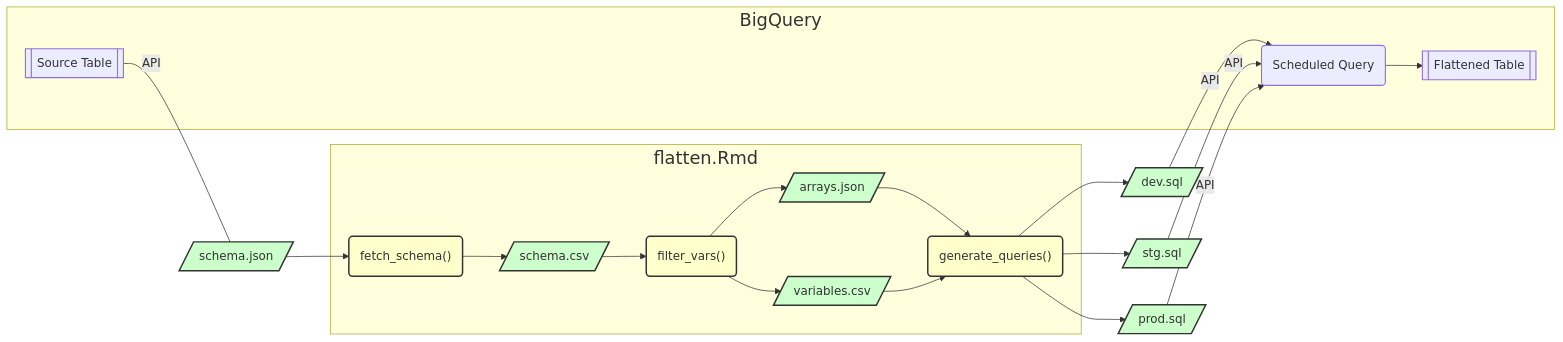
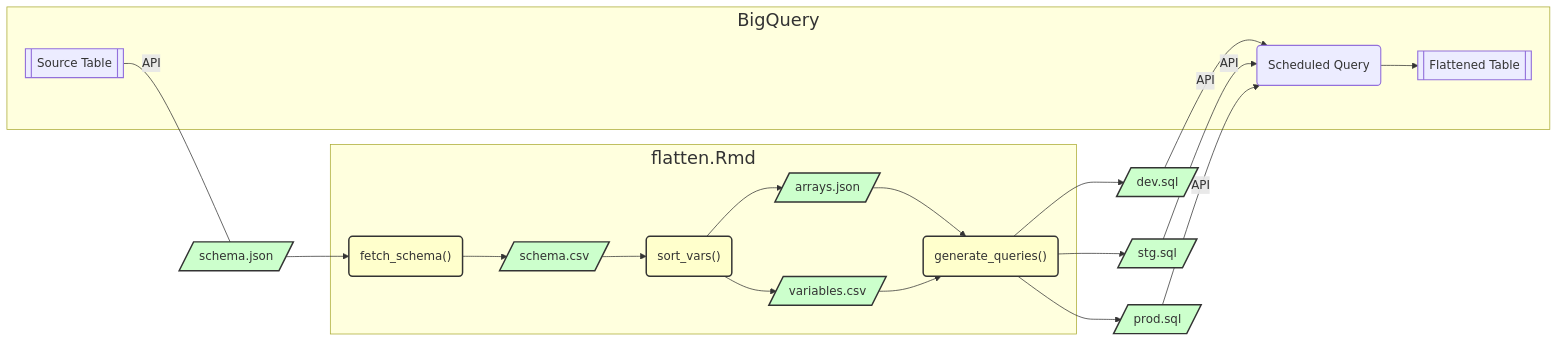
Before and after one commit to Analyticsphere/flatteningRequests: the diagram in README.md, drawn with Mermaid. The commit also changed other lines of this file, not shown here.

````diff
--- a/README.md
+++ b/README.md
@@ -8,40 +8,40 @@
 ```mermaid
 flowchart LR
     subgraph BQ [BigQuery]
         SRC[[Source Table]]:::table
         QUERY(Scheduled Query):::table
         FLAT[[Flattened Table]]:::table
     end
     class BQ subgraphTitle;
 
     SCH[/schema.json/]:::file
     DEV[/dev.sql/]:::file
     STG[/stg.sql/]:::file
     PROD[/prod.sql/]:::file
 
     subgraph LOC ["flatten.Rmd"]
         FETCH("fetch_schema()"):::function
         SCH_CSV[/"schema.csv"/]:::file
-        FILT("filter_vars()"):::function
+        FILT("sort_vars()"):::function
         ARR[/arrays.json/]:::file
         VAR[/variables.csv/]:::file
         GEN("generate_queries()"):::function
     end
     class LOC subgraphTitle;
 
     SRC --- |API| SCH:::link
     SCH --> FETCH:::link
     FETCH --> SCH_CSV:::link
     SCH_CSV --> FILT:::link
     FILT --> ARR:::link & VAR:::link
     ARR & VAR --> GEN:::link
     GEN --> DEV:::link & STG:::link & PROD:::link
     DEV & STG & PROD --> |API| QUERY:::link
     QUERY --> FLAT:::link
 
     classDef table link stroke:#000,stroke-width:1.5px;
     classDef schema fill:#ff9,stroke:#333,stroke-width:2px;
     classDef function fill:#ffc,stroke:#333,stroke-width:2px;
     classDef file fill:#cfc,stroke:#333,stroke-width:2px;
     classDef subgraphTitle font-size:24px;
 ```
````
